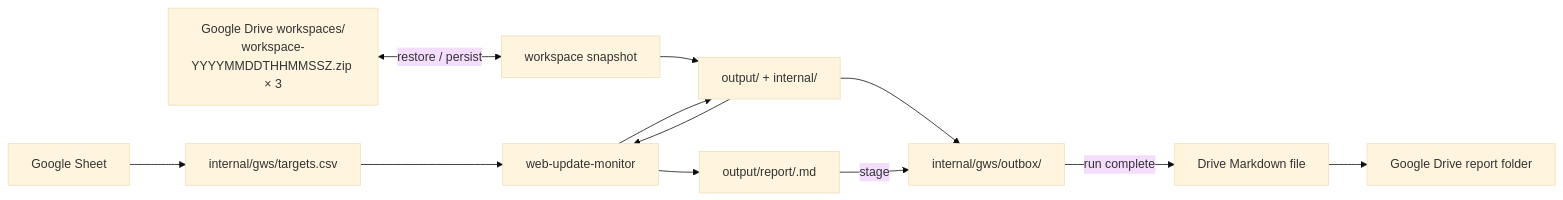
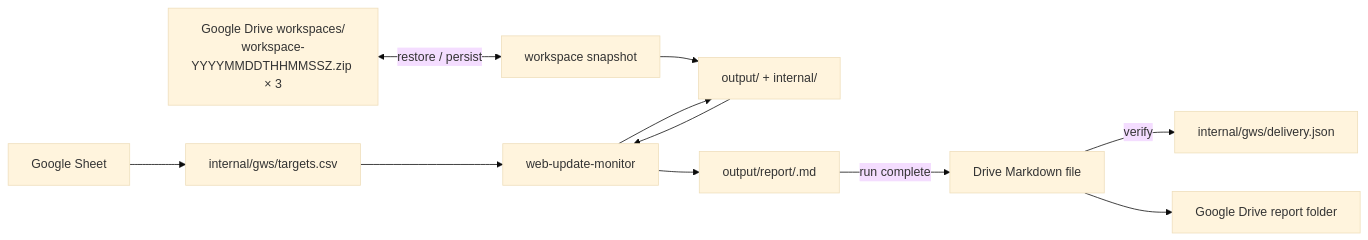
The first of 2 diagrams in README.md (dceoy/wsum), drawn with Mermaid (base theme) before and after one commit. The commit also changed other lines of this file and 1 other file, not shown here.

Commit message:
Simplify GWS report delivery (#59)

````diff
--- a/README.md
+++ b/README.md
@@ -23,14 +23,13 @@
 ```mermaid
 flowchart LR
     GS["Google Sheet"] --> CSV["internal/gws/targets.csv"]
     DS["Google Drive workspaces/<br/>workspace-YYYYMMDDTHHMMSSZ.zip × 3"] <-->|restore / persist| WS["workspace snapshot"]
     WS --> WORKSPACE["output/ + internal/"]
     CSV --> CORE["web-update-monitor"]
     WORKSPACE --> CORE
     CORE --> WORKSPACE
     CORE --> REPORT["output/report/<run-id>.md"]
-    WORKSPACE --> OUT["internal/gws/outbox/"]
-    REPORT -->|stage| OUT
-    OUT -->|run complete| GMD["Drive Markdown file"]
+    REPORT -->|run complete| GMD["Drive Markdown file"]
+    GMD -->|verify| DELIVERY["internal/gws/delivery.json"]
     GMD --> DR["Google Drive report folder"]
 ```
````
